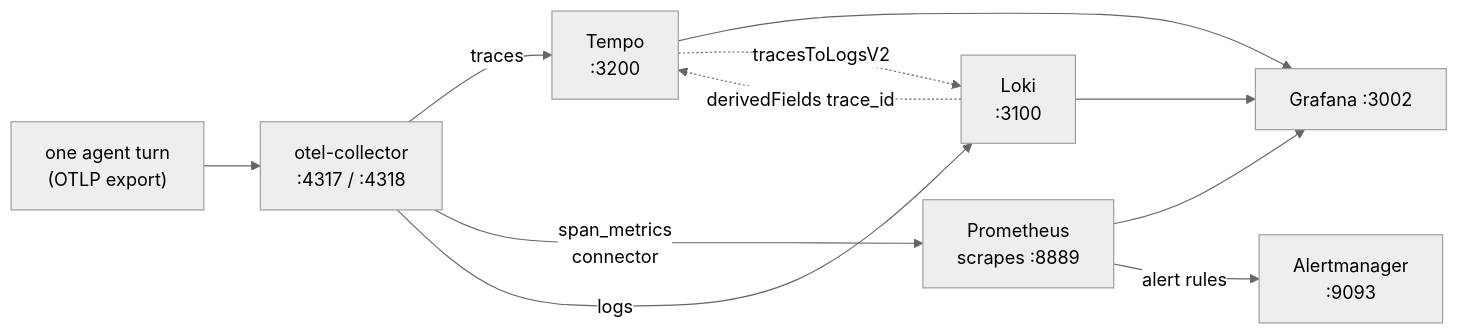
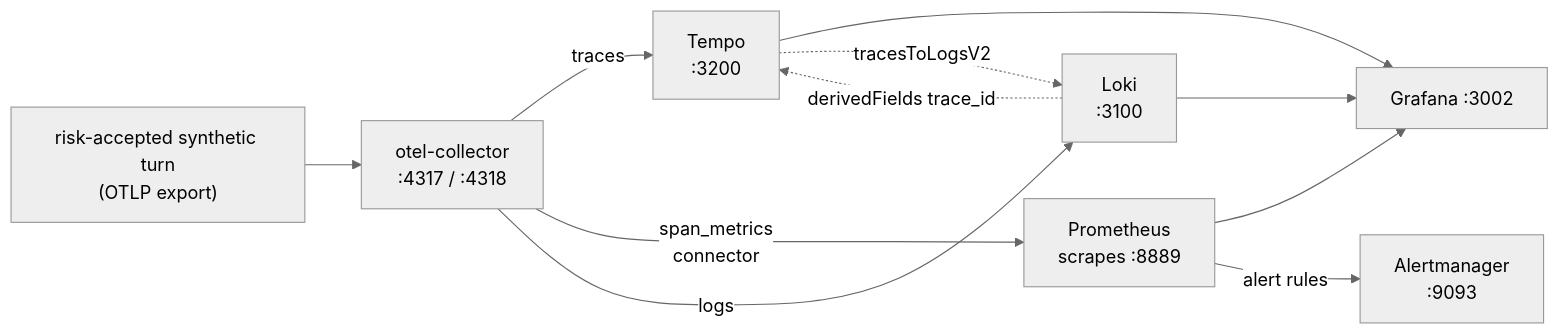
Before and after one commit to LuiGGi629/agentops-open-course: the diagram in content/7. Observability/7.2. Monitoring.md, drawn with Mermaid (neutral theme). The commit also changed other lines of this file and 87 other files, not shown here.

````diff
--- a/content/7. Observability/7.2. Monitoring.md
+++ b/content/7. Observability/7.2. Monitoring.md
@@ -98,13 +106,13 @@
 ```mermaid
 flowchart LR
-    Turn["one agent turn<br/>(OTLP export)"] --> Col["otel-collector<br/>:4317 / :4318"]
+    Turn["risk-accepted synthetic turn<br/>(OTLP export)"] --> Col["otel-collector<br/>:4317 / :4318"]
     Col -->|traces| Tempo["Tempo<br/>:3200"]
     Col -->|"span_metrics<br/>connector"| Prom["Prometheus<br/>scrapes :8889"]
     Col -->|logs| Loki["Loki<br/>:3100"]
     Tempo --> Graf["Grafana :3002"]
     Prom --> Graf
     Loki --> Graf
     Prom -->|alert rules| Alert["Alertmanager<br/>:9093"]
     Tempo -. "tracesToLogsV2" .-> Loki
     Loki -. "derivedFields trace_id" .-> Tempo
 ```
````
